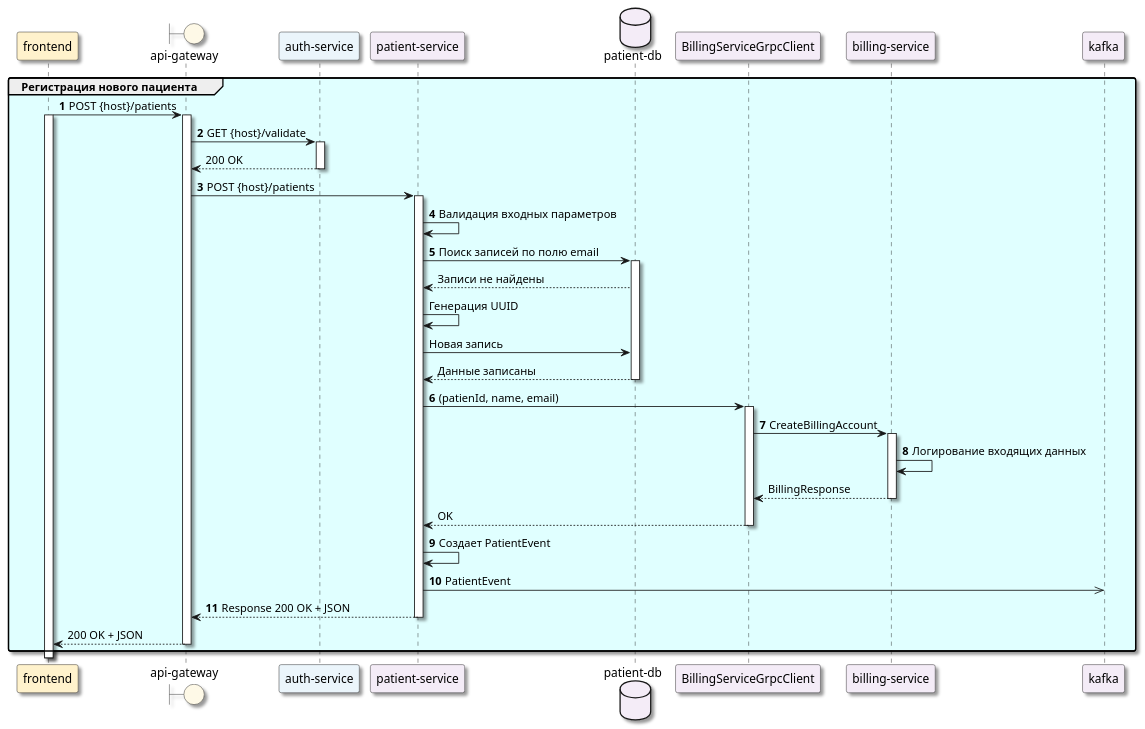
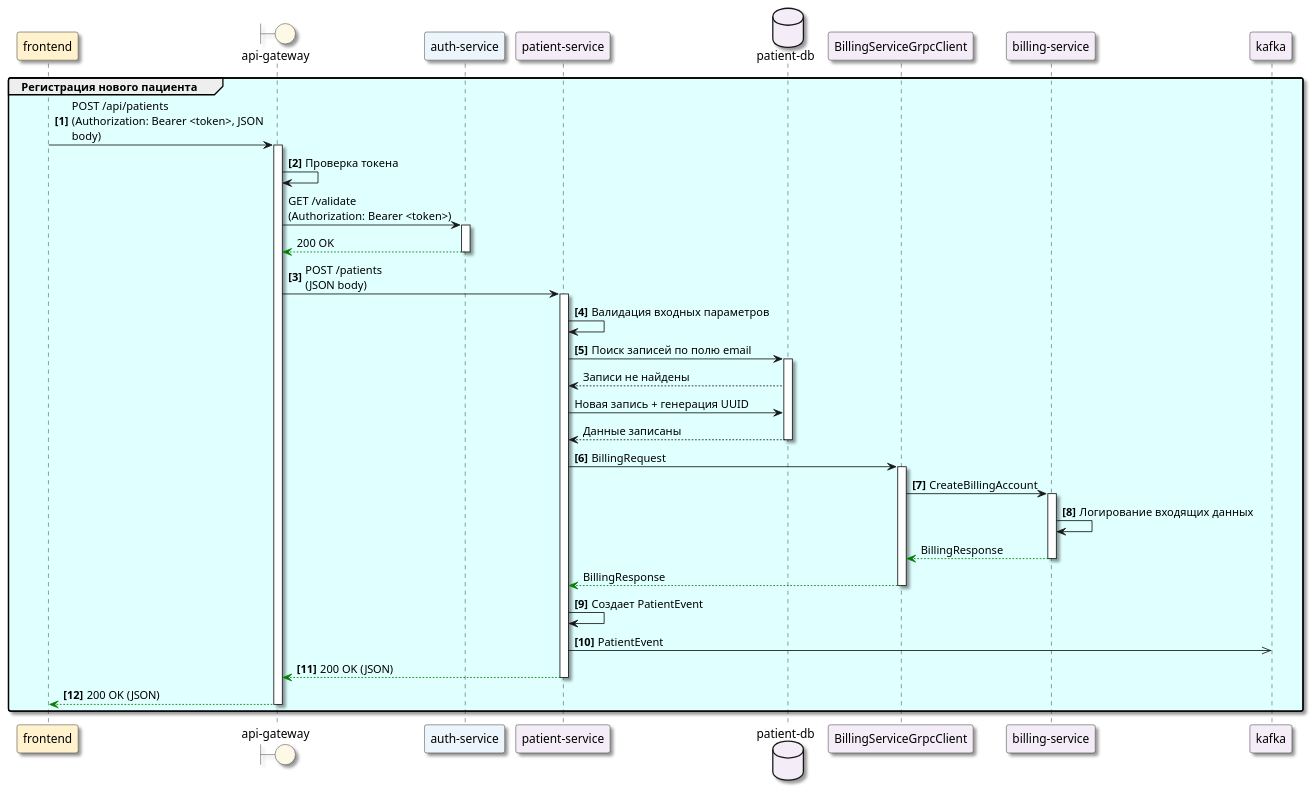
One commit to ni1a207/Healthcare-System changed the diagram in Docs/As-is/Diagrams/Registration.puml. Above: the diagram before and after it, drawn with PlantUML. The commit also changed 13 other files, not shown here.

```diff
--- a/Docs/As-is/Diagrams/Registration.puml
+++ b/Docs/As-is/Diagrams/Registration.puml
@@ -1,55 +1,54 @@
 @startuml
 skinparam Shadowing true
 skinparam RoundCorner 5
 skinparam MaxMessageSize 250
 participant "frontend" as FE #FFF2CC
 boundary "api-gateway" as GW #FEF9E7
 participant "auth-service" as Auth #EBF5FB
 participant "patient-service" as PS #F4ECF7
 database "patient-db" as DB #F4ECF7
 participant "BillingServiceGrpcClient" as BSGRPC #F4ECF7
 participant "billing-service" as BS #F4ECF7
 participant "kafka" as K #F4ECF7
-autonumber "<b>0</b>"
+autonumber "<b>[0]</b>"
 group #LightCyan Регистрация нового пациента
-    FE -> GW: POST {host}/patients
-    activate FE #White
+    FE -> GW: POST /api/patients\n(Authorization: Bearer <token>, JSON body)
     activate GW
-    GW -> Auth: GET {host}/validate
+        GW -> GW: Проверка токена
+            autonumber stop
+    GW -> Auth: GET /validate\n(Authorization: Bearer <token>)
     activate Auth
     autonumber stop
-    Auth --> GW: 200 OK
+    Auth --[#green]> GW: 200 OK
     deactivate Auth
 autonumber resume
-    GW -> PS: POST {host}/patients
+    GW -> PS: POST /patients \n(JSON body)
     activate PS
   PS->PS: Валидация входных параметров
   PS->DB: Поиск записей по полю email
   activate DB
   autonumber stop
     DB-->PS: Записи не найдены
-PS->PS: Генерация UUID
-PS->DB: Новая запись
+PS->DB: Новая запись + генерация UUID
 DB-->PS: Данные записаны
 deactivate DB
 autonumber resume
-PS->BSGRPC: (patienId, name, email)
+PS->BSGRPC: BillingRequest
 activate BSGRPC
 BSGRPC->BS: CreateBillingAccount
 activate BS
 BS->BS: Логирование входящих данных
 autonumber stop
-BS-->BSGRPC: BillingResponse
+BS--[#green]>BSGRPC: BillingResponse
 deactivate BS
-BSGRPC-->PS: OK
+BSGRPC--[#green]>PS: BillingResponse
 deactivate BSGRPC
 autonumber resume
 PS->PS: Создает PatientEvent
 PS->>K: PatientEvent
-PS-->GW: Response 200 OK + JSON
+PS--[#green]>GW: 200 OK (JSON)
 deactivate PS
-autonumber stop
-GW-->FE: 200 OK + JSON
+GW--[#green]>FE: 200 OK (JSON)
 deactivate GW
   end
 @enduml
```
